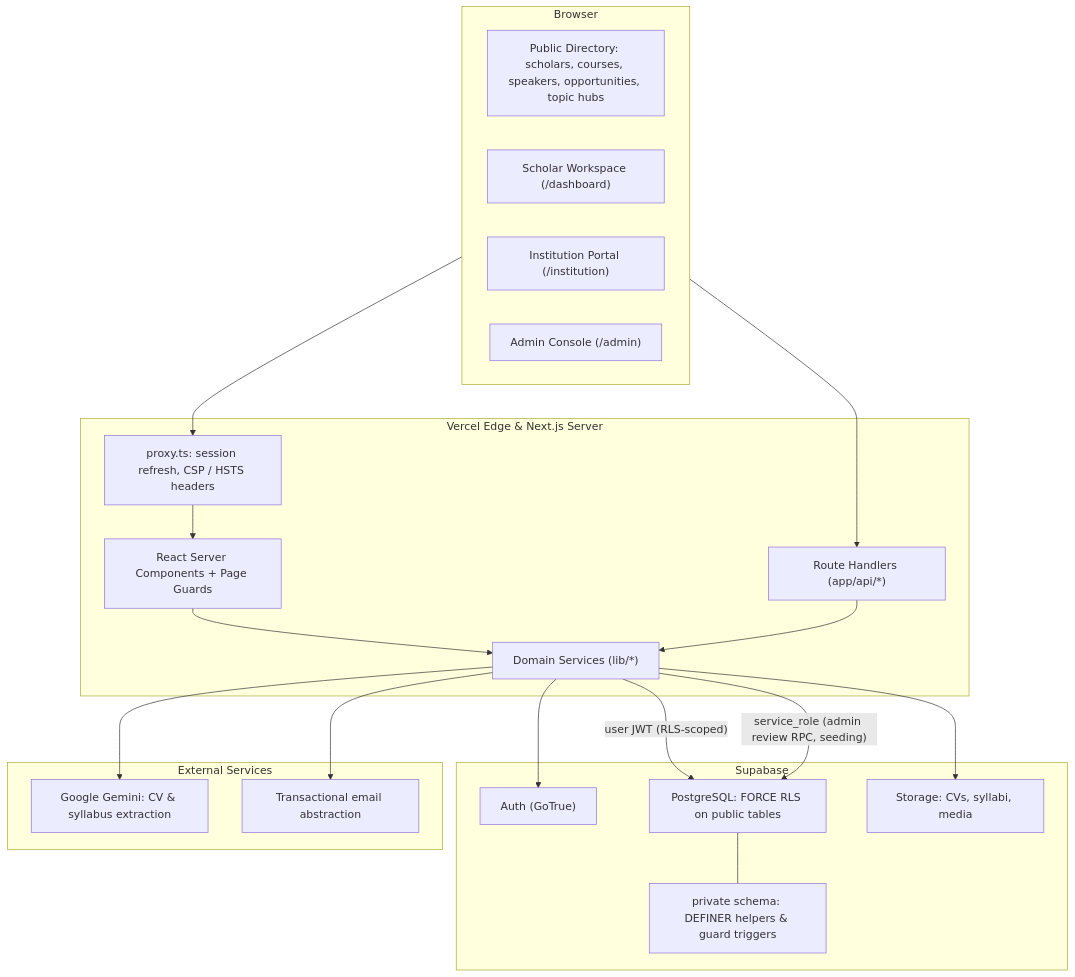
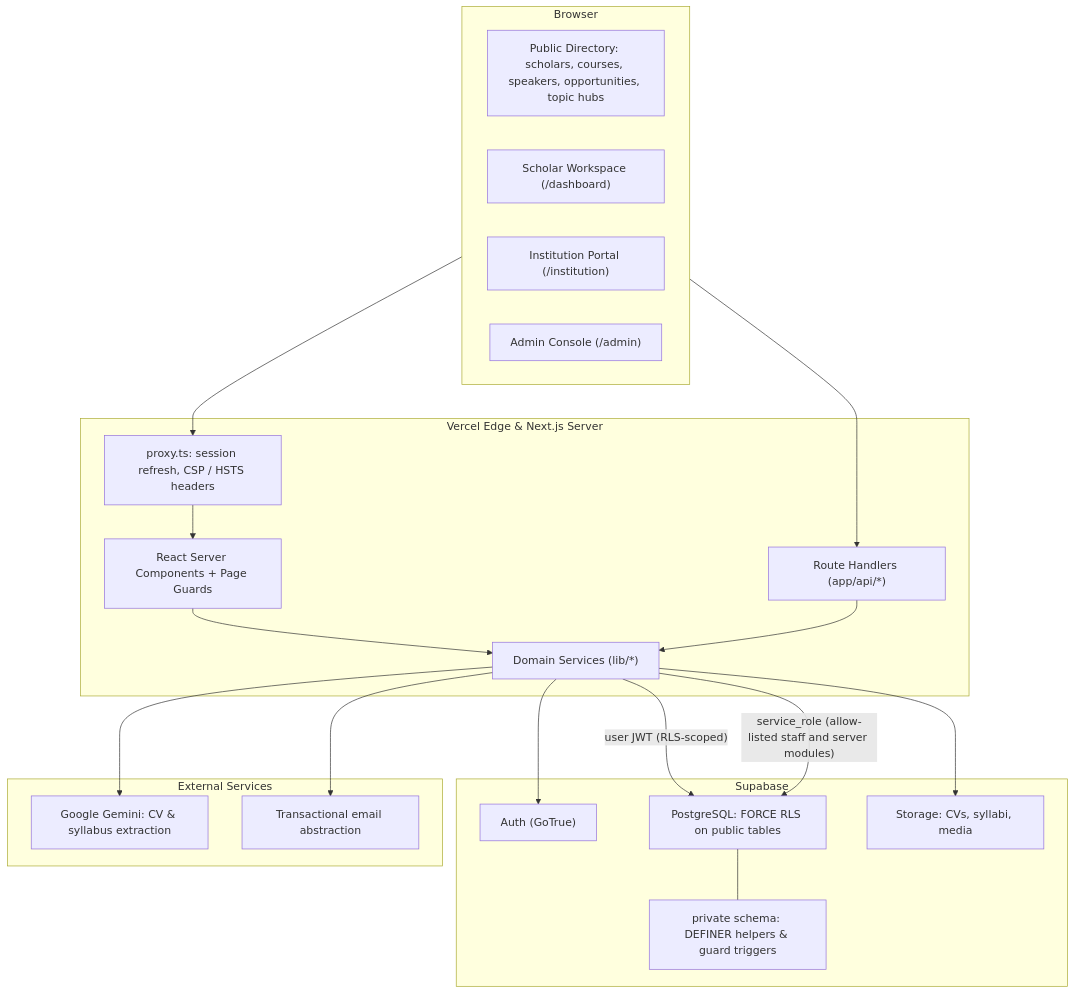
One commit to ricardojjulia/FaithFullScholars changed the first of 5 diagrams in docs/architecture.md. Above: the diagram before and after it, drawn with Mermaid. The commit also changed other lines of this file and 4 other files, not shown here.

````diff
--- a/docs/architecture.md
+++ b/docs/architecture.md
@@ -13,40 +13,40 @@
 ```mermaid
 flowchart TB
     subgraph Client ["Browser"]
         PublicUI["Public Directory: scholars, courses, speakers, opportunities, topic hubs"]
         ScholarUI["Scholar Workspace (/dashboard)"]
         InstitutionUI["Institution Portal (/institution)"]
         AdminUI["Admin Console (/admin)"]
     end
 
     subgraph Edge ["Vercel Edge & Next.js Server"]
         Proxy["proxy.ts: session refresh, CSP / HSTS headers"]
         RSC["React Server Components + Page Guards"]
         Routes["Route Handlers (app/api/*)"]
         Services["Domain Services (lib/*)"]
     end
 
     subgraph Supabase ["Supabase"]
         Auth["Auth (GoTrue)"]
         PG["PostgreSQL: FORCE RLS on public tables"]
         Private["private schema: DEFINER helpers & guard triggers"]
         Storage["Storage: CVs, syllabi, media"]
     end
 
     subgraph External ["External Services"]
         Gemini["Google Gemini: CV & syllabus extraction"]
         Email["Transactional email abstraction"]
     end
 
     Client --> Proxy --> RSC
     Client --> Routes
     RSC --> Services
     Routes --> Services
     Services -- "user JWT (RLS-scoped)" --> PG
-    Services -- "service_role (admin review RPC, seeding)" --> PG
+    Services -- "service_role (allow-listed staff and server modules)" --> PG
     Services --> Auth
     Services --> Storage
     Services --> Gemini
     Services --> Email
     PG --- Private
 ```
````
